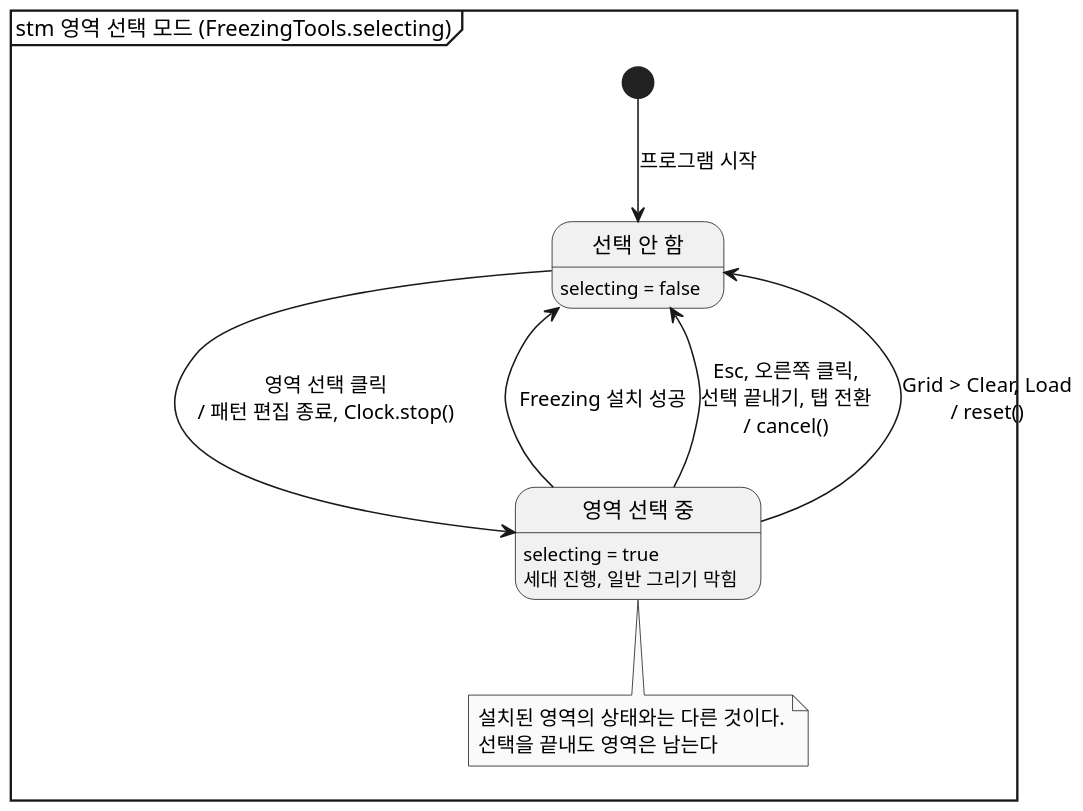
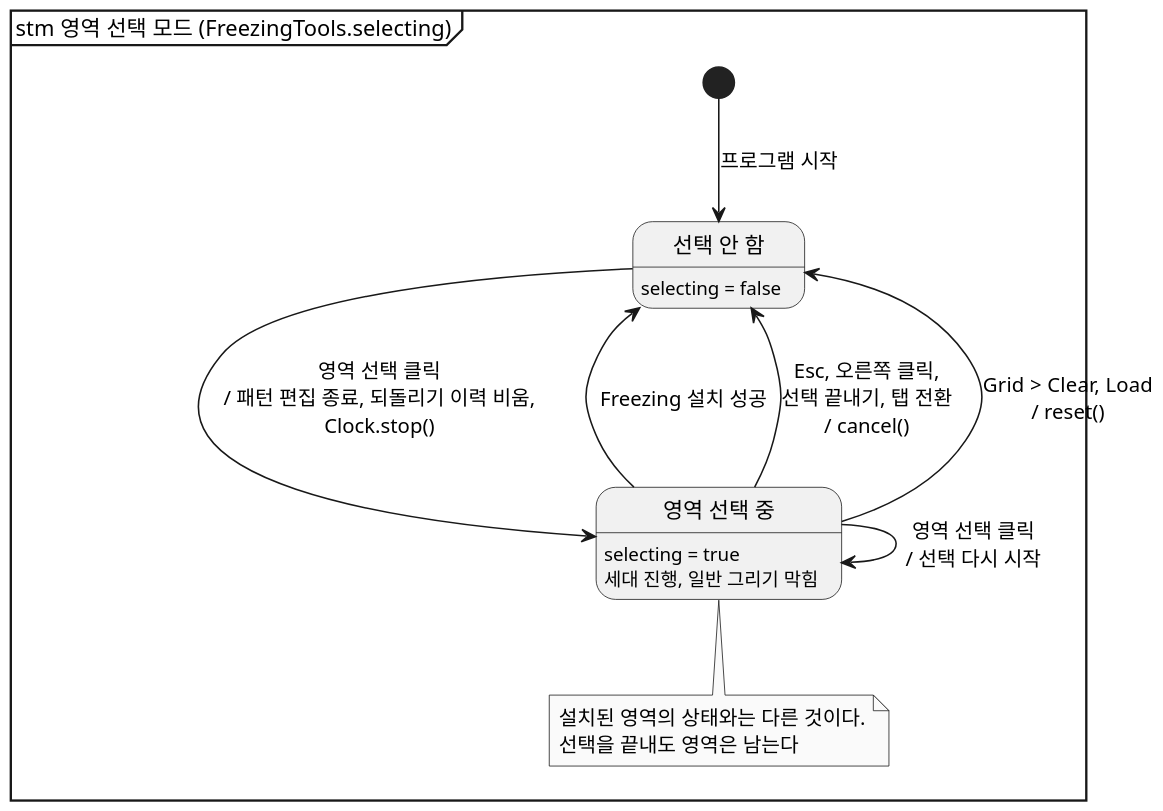
One commit to mckimR1972/DP_team_project changed the diagram in docs/freezing/diagram/state-selection.puml. Above: the diagram before and after it, drawn with PlantUML. The commit also changed 12 other files, not shown here.

First line of the commit message:
docs: Freezing 다이어그램을 코드와 문서에 맞게 고침

```diff
--- a/docs/freezing/diagram/state-selection.puml
+++ b/docs/freezing/diagram/state-selection.puml
@@ -1,27 +1,28 @@
 @startuml state-selection
 skinparam monochrome true
 skinparam dpi 150
 skinparam shadowing false
 skinparam defaultFontName "Malgun Gothic"
 hide empty description
 mainframe stm 영역 선택 모드 (FreezingTools.selecting)
 
 state "선택 안 함" as Idle
 Idle : selecting = false
 
 state "영역 선택 중" as Selecting
 Selecting : selecting = true
 Selecting : 세대 진행, 일반 그리기 막힘
 
 [*] --> Idle : 프로그램 시작
 
-Idle --> Selecting : 영역 선택 클릭\n/ 패턴 편집 종료, Clock.stop()
+Idle --> Selecting : 영역 선택 클릭\n/ 패턴 편집 종료, 되돌리기 이력 비움,\nClock.stop()
+Selecting --> Selecting : 영역 선택 클릭\n/ 선택 다시 시작
 Selecting --> Idle : Freezing 설치 성공
 Selecting --> Idle : Esc, 오른쪽 클릭,\n선택 끝내기, 탭 전환\n/ cancel()
 Selecting --> Idle : Grid > Clear, Load\n/ reset()
 
 note bottom of Selecting
   설치된 영역의 상태와는 다른 것이다.
   선택을 끝내도 영역은 남는다
 end note
 @enduml
```
